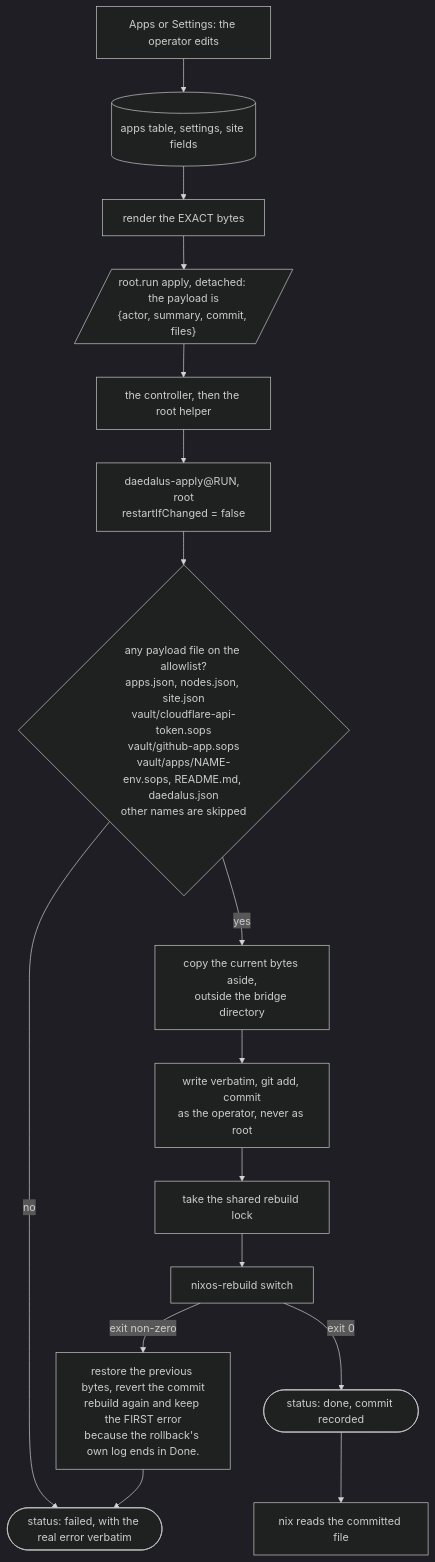
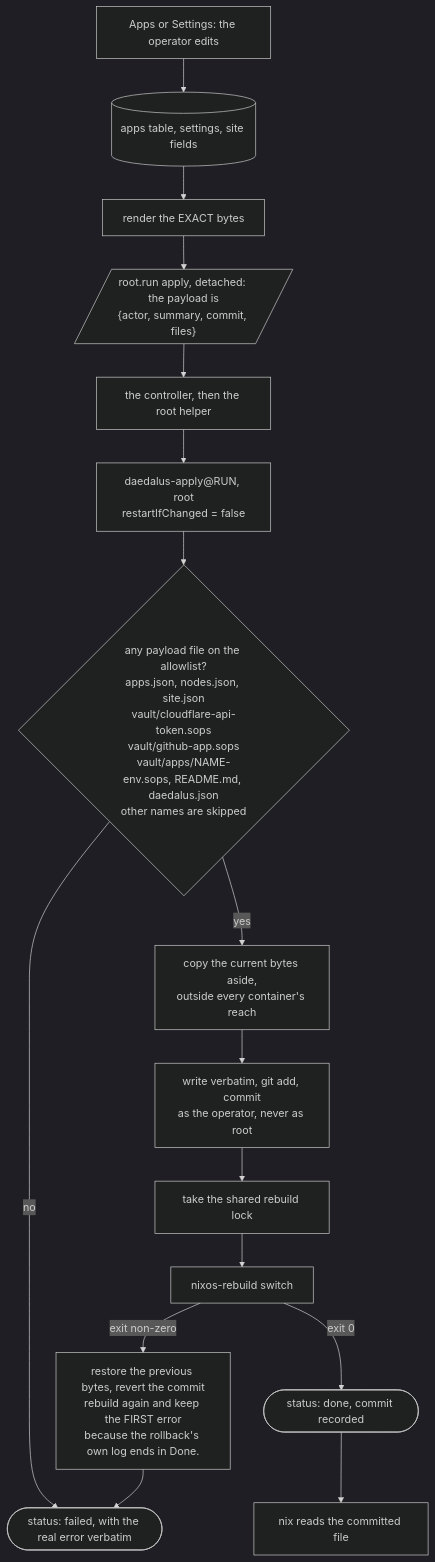
The third of 5 diagrams in ARCHITECTURE.md (santiagotoscanini/daedalus), drawn with Mermaid (dark theme) before and after one commit. The commit also changed other lines of this file and 39 other files, not shown here.

Commit message:
root helper: the bridge goes — bridgeAgent, request-file helpers and their docs; ARCHITECTURE's root helper section and verb table are the one list

````diff
--- a/ARCHITECTURE.md
+++ b/ARCHITECTURE.md
@@ -224,25 +231,25 @@
 ```mermaid
 flowchart TB
   UI["Apps or Settings: the operator edits"]
   DBT[("apps table, settings, site fields")]
   Render["render the EXACT bytes"]
   Req[/"root.run apply, detached: the payload is<br/>{actor, summary, commit, files}"/]
   PathU["the controller, then the root helper"]
   Sh["daedalus-apply@RUN, root<br/>restartIfChanged = false"]
   Allow{"any payload file on the allowlist?<br/>apps.json, nodes.json, site.json<br/>vault/cloudflare-api-token.sops<br/>vault/github-app.sops<br/>vault/apps/NAME-env.sops, README.md, daedalus.json<br/>other names are skipped"}
-  Prev["copy the current bytes aside,<br/>outside the bridge directory"]
+  Prev["copy the current bytes aside,<br/>outside every container's reach"]
   Git["write verbatim, git add, commit<br/>as the operator, never as root"]
   Lock["take the shared rebuild lock"]
   Sw["nixos-rebuild switch"]
   Ok(["status: done, commit recorded"])
   Roll["restore the previous bytes, revert the commit<br/>rebuild again and keep the FIRST error<br/>because the rollback's own log ends in Done."]
   Bad(["status: failed, with the real error verbatim"])
   NixRead["nix reads the committed file"]
 
   UI --> DBT --> Render --> Req --> PathU --> Sh --> Allow
   Allow -- no --> Bad
   Allow -- yes --> Prev --> Git --> Lock --> Sw
   Sw -- "exit 0" --> Ok
   Sw -- "exit non-zero" --> Roll --> Bad
   Ok --> NixRead
 ```
````
